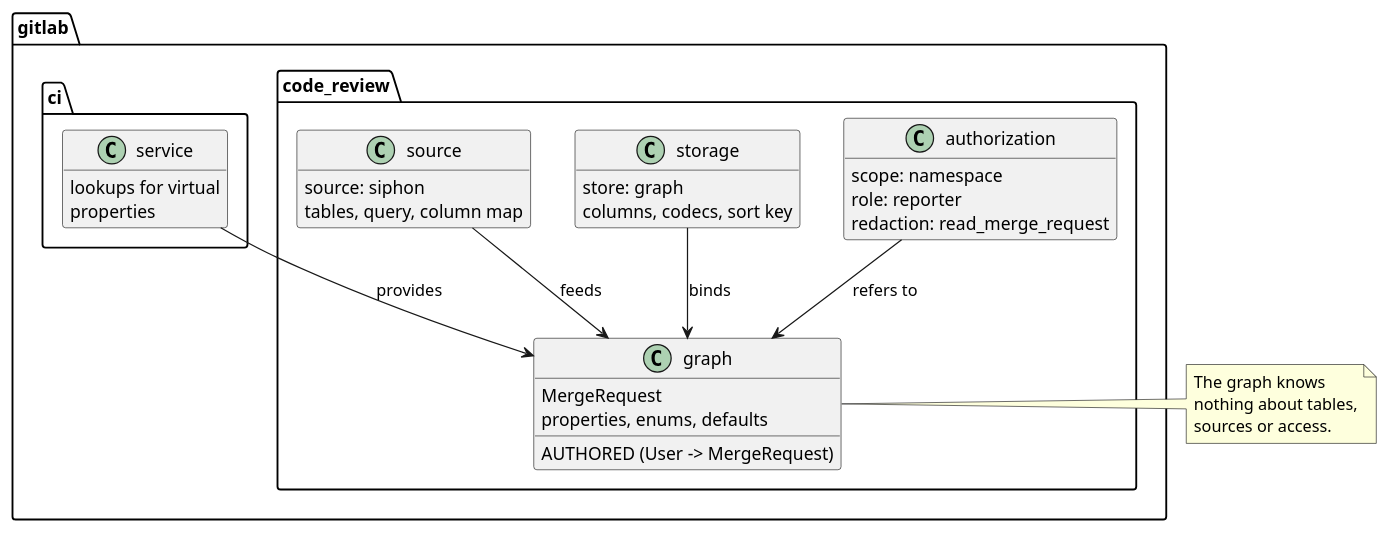
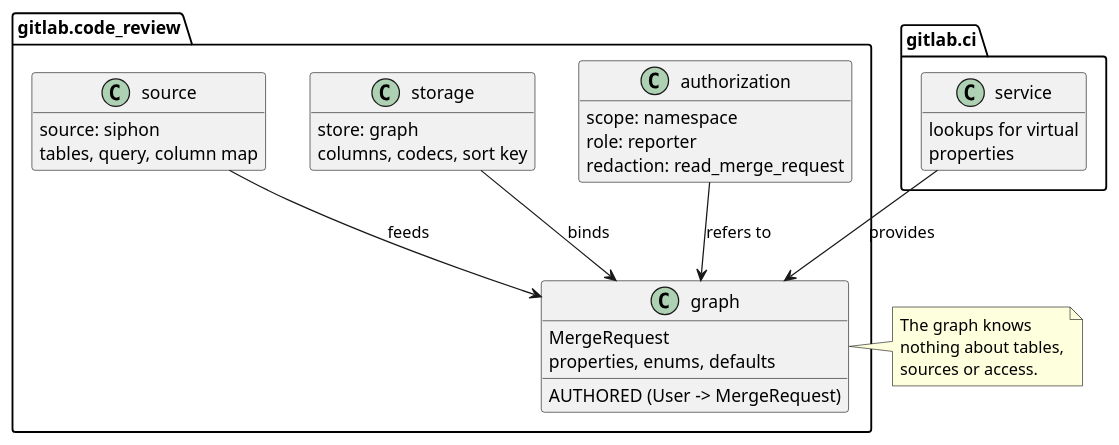
The second of 7 diagrams in docs/pages/engineering/adr/024_data_model_replaces_ontology.md (gitlabhq/orbit-knowledge-graph), drawn with PlantUML before and after one commit. The commit also changed other lines of this file, not shown here.

Commit message:
docs(adr): keep dotted package names intact in ADR 024 diagrams

````diff
--- a/docs/pages/engineering/adr/024_data_model_replaces_ontology.md
+++ b/docs/pages/engineering/adr/024_data_model_replaces_ontology.md
@@ -121,41 +122,42 @@
 ```plantuml
 @startuml
+set separator none
 skinparam shadowing false
 skinparam classAttributeIconSize 0
 hide empty members
 
 package "gitlab.code_review" {
   class "graph" as G {
     MergeRequest
     properties, enums, defaults
     AUTHORED (User -> MergeRequest)
   }
   class "authorization" as A {
     scope: namespace
     role: reporter
     redaction: read_merge_request
   }
   class "storage" as ST {
     store: graph
     columns, codecs, sort key
   }
   class "source" as SO {
     source: siphon
     tables, query, column map
   }
 }
 
 package "gitlab.ci" {
   class "service" as SV {
     lookups for virtual
     properties
   }
 }
 
 A --> G : refers to
 ST --> G : binds
 SO --> G : feeds
 SV --> G : provides
 note right of G : The graph knows\nnothing about tables,\nsources or access.
 @enduml
 ```
````
